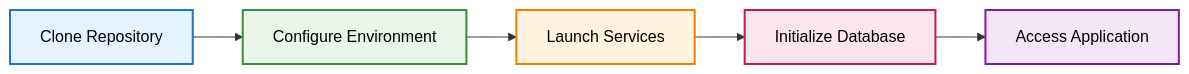
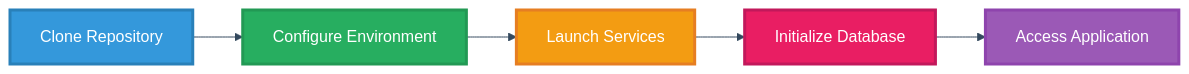
The seventh of 20 diagrams in README.md (PriscillaOng12/AI-Code-Review-Squad), drawn with Mermaid before and after one commit. The commit also changed other lines of this file, not shown here.

````diff
--- a/README.md
+++ b/README.md
@@ -188,13 +213,14 @@
 ```mermaid
+%%{init: {'theme': 'base', 'themeVariables': {'primaryColor': '#ffffff', 'primaryTextColor': '#2c3e50', 'primaryBorderColor': '#2c3e50', 'lineColor': '#34495e', 'secondaryColor': '#ffffff', 'tertiaryColor': '#ffffff', 'background': '#ffffff', 'mainBkg': '#ffffff', 'secondBkg': '#ffffff', 'tertiaryBkg': '#ffffff'}}}%%
 graph LR
     A[Clone Repository] --> B[Configure Environment] 
     B --> C[Launch Services]
     C --> D[Initialize Database]
     D --> E[Access Application]
     
-    style A fill:#e3f2fd,stroke:#1976d2,stroke-width:2px,color:#000000
-    style B fill:#e8f5e8,stroke:#388e3c,stroke-width:2px,color:#000000
-    style C fill:#fff3e0,stroke:#f57c00,stroke-width:2px,color:#000000
-    style D fill:#fce4ec,stroke:#c2185b,stroke-width:2px,color:#000000
-    style E fill:#f3e5f5,stroke:#7b1fa2,stroke-width:2px,color:#000000
+    style A fill:#3498db,stroke:#2980b9,stroke-width:3px,color:#ffffff
+    style B fill:#27ae60,stroke:#229954,stroke-width:3px,color:#ffffff
+    style C fill:#f39c12,stroke:#e67e22,stroke-width:3px,color:#ffffff
+    style D fill:#e91e63,stroke:#c2185b,stroke-width:3px,color:#ffffff
+    style E fill:#9b59b6,stroke:#8e44ad,stroke-width:3px,color:#ffffff
 ```
````
